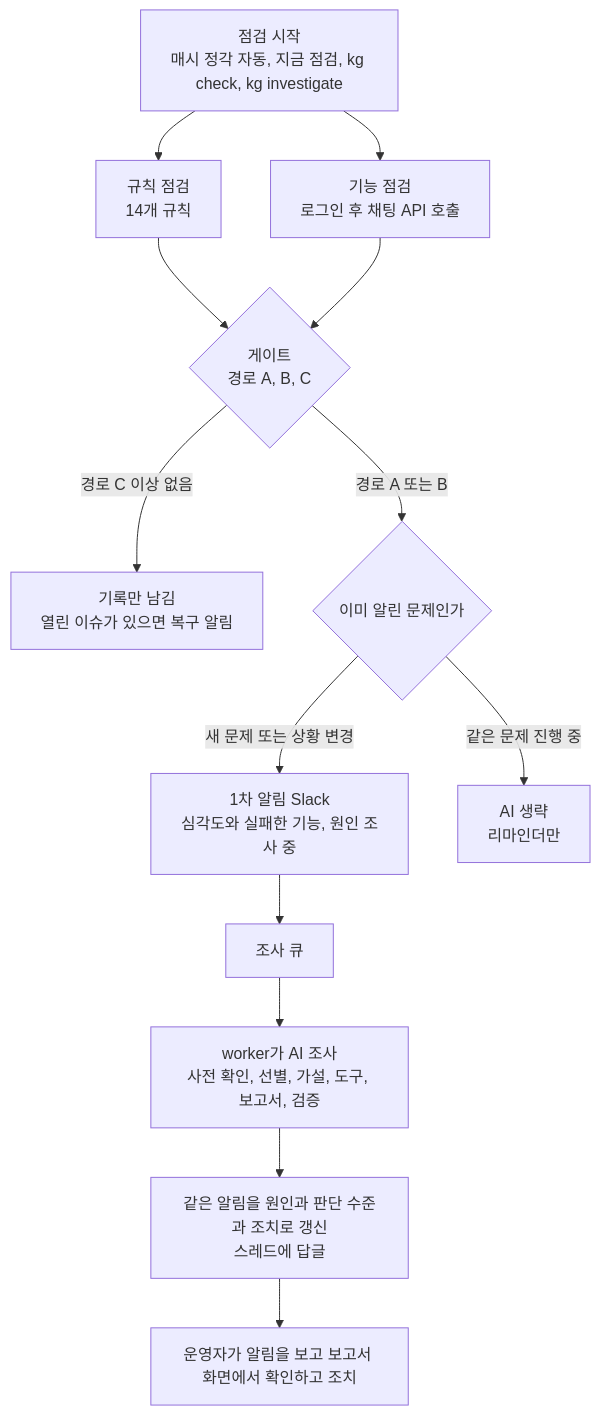
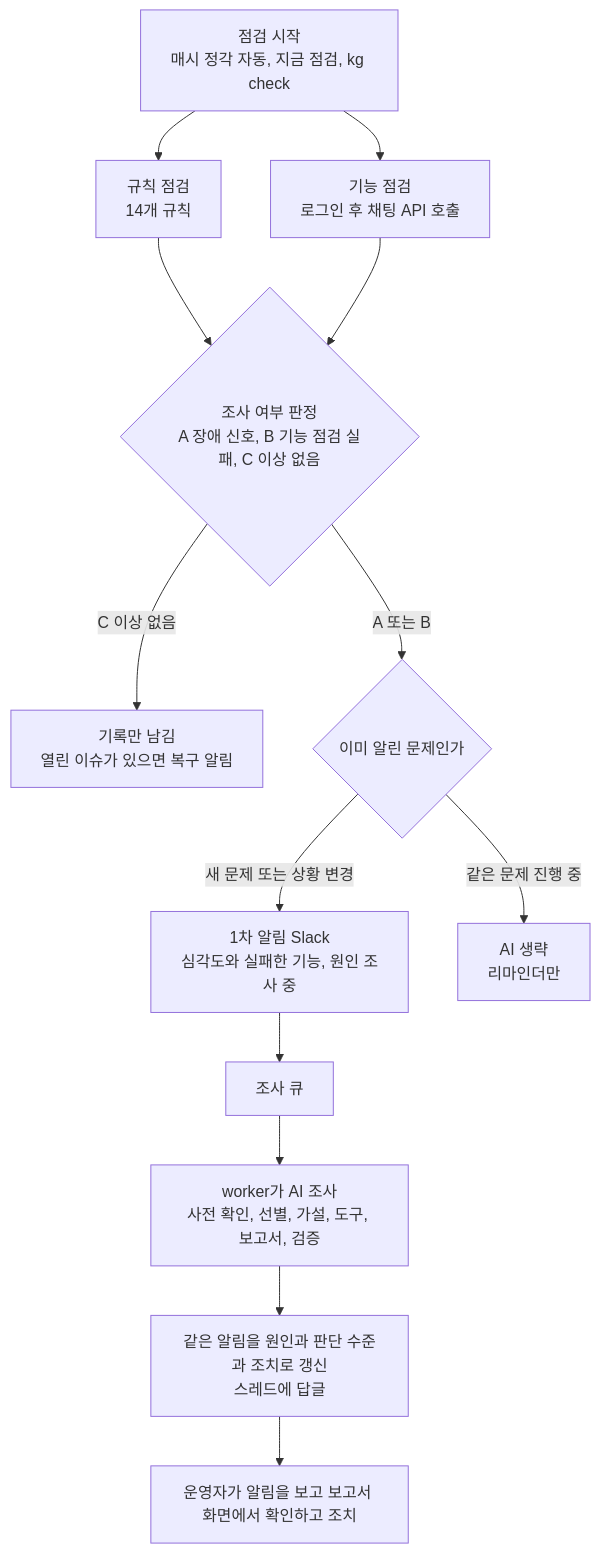
One commit to skax-jihyeryu/KubeGuardian changed the second of 2 diagrams in docs/산출물/02-문제정의및서비스기획.md. Above: the diagram before and after it, drawn with Mermaid. The commit also changed other lines of this file and 6 other files, not shown here.

````diff
--- a/docs/산출물/02-문제정의및서비스기획.md
+++ b/docs/산출물/02-문제정의및서비스기획.md
@@ -54,15 +54,15 @@
 ```mermaid
 flowchart TB
-    T[점검 시작<br/>매시 정각 자동, 지금 점검, kg check, kg investigate] --> R[규칙 점검<br/>14개 규칙]
+    T[점검 시작<br/>매시 정각 자동, 지금 점검, kg check] --> R[규칙 점검<br/>14개 규칙]
     T --> S[기능 점검<br/>로그인 후 채팅 API 호출]
-    R --> G{게이트<br/>경로 A, B, C}
+    R --> G{조사 여부 판정<br/>A 장애 신호, B 기능 점검 실패, C 이상 없음}
     S --> G
-    G -->|경로 C 이상 없음| OK[기록만 남김<br/>열린 이슈가 있으면 복구 알림]
-    G -->|경로 A 또는 B| D{이미 알린 문제인가}
+    G -->|C 이상 없음| OK[기록만 남김<br/>열린 이슈가 있으면 복구 알림]
+    G -->|A 또는 B| D{이미 알린 문제인가}
     D -->|새 문제 또는 상황 변경| N1[1차 알림 Slack<br/>심각도와 실패한 기능, 원인 조사 중]
     N1 --> Q[조사 큐]
     Q --> AI[worker가 AI 조사<br/>사전 확인, 선별, 가설, 도구, 보고서, 검증]
     AI --> N[같은 알림을 원인과 판단 수준과 조치로 갱신<br/>스레드에 답글]
     D -->|같은 문제 진행 중| RM[AI 생략<br/>리마인더만]
     N --> K[운영자가 알림을 보고 보고서 화면에서 확인하고 조치]
 ```
````
